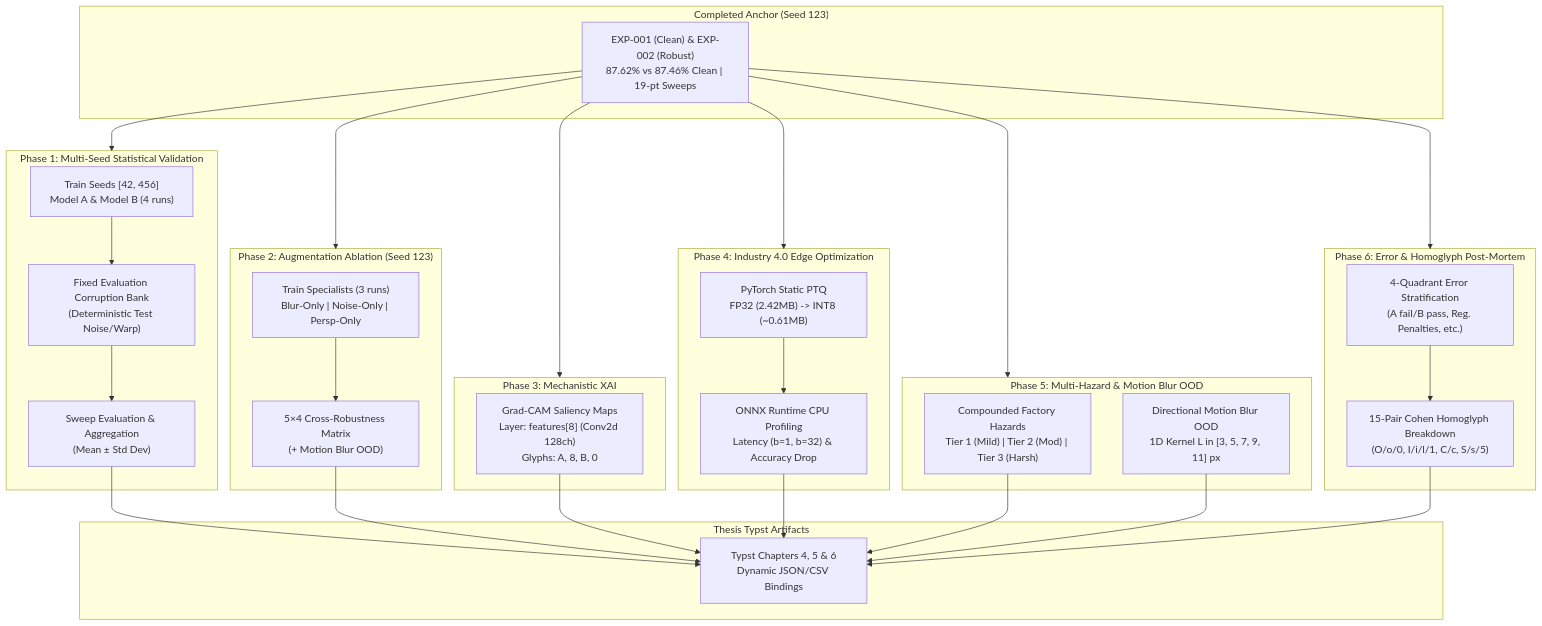
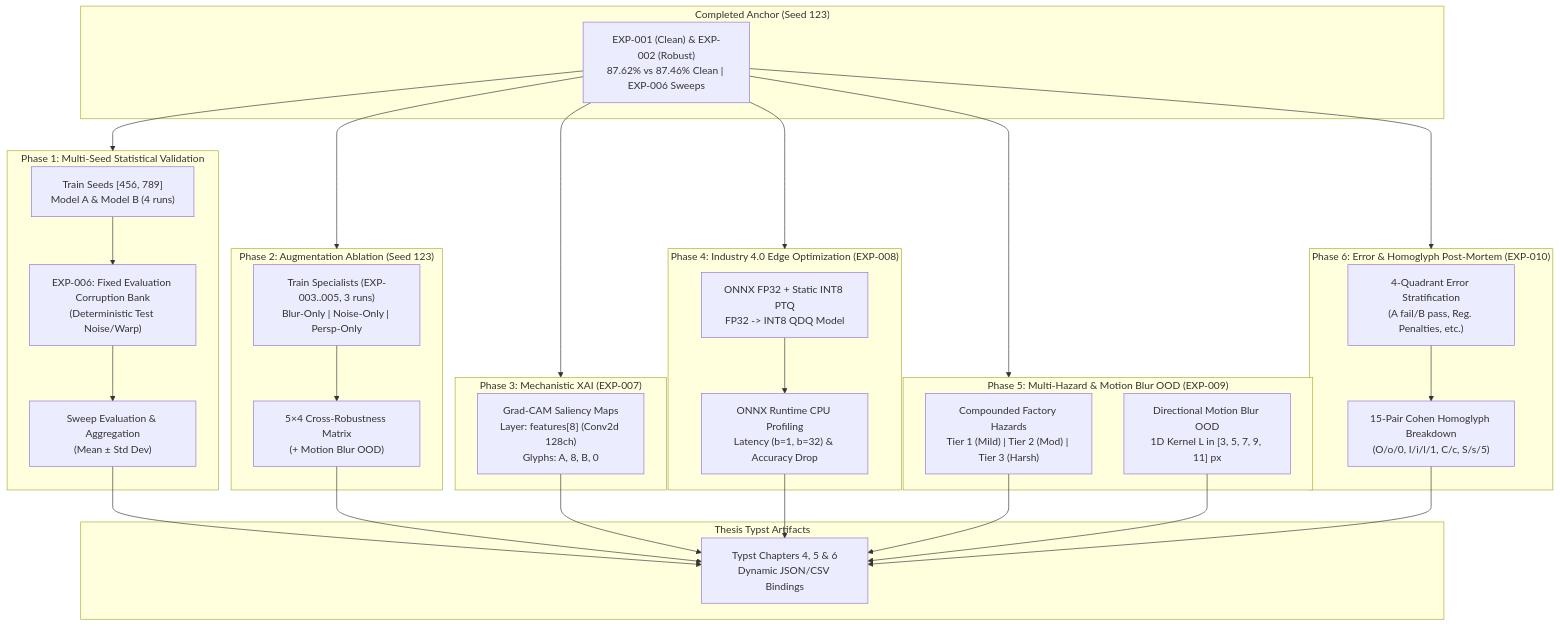
One commit to Kamil-Suhak/alphanumeric-ocr changed the diagram in docs/plans/2026-11-06_thesis_master_plan_v3.md. Above: the diagram before and after it, drawn with Mermaid. The commit also changed other lines of this file and 42 other files, not shown here.

````diff
--- a/docs/plans/2026-11-06_thesis_master_plan_v3.md
+++ b/docs/plans/2026-11-06_thesis_master_plan_v3.md
@@ -34,53 +35,53 @@
 ```mermaid
 flowchart TD
     subgraph Completed["Completed Anchor (Seed 123)"]
-        C0["EXP-001 (Clean) & EXP-002 (Robust)<br/>87.62% vs 87.46% Clean | 19-pt Sweeps"]
+        C0["EXP-001 (Clean) & EXP-002 (Robust)<br/>87.62% vs 87.46% Clean | EXP-006 Sweeps"]
     end
 
     subgraph Phase1["Phase 1: Multi-Seed Statistical Validation"]
-        P1_train["Train Seeds [42, 456]<br/>Model A & Model B (4 runs)"]
-        P1_bank["Fixed Evaluation Corruption Bank<br/>(Deterministic Test Noise/Warp)"]
+        P1_train["Train Seeds [456, 789]<br/>Model A & Model B (4 runs)"]
+        P1_bank["EXP-006: Fixed Evaluation Corruption Bank<br/>(Deterministic Test Noise/Warp)"]
         P1_eval["Sweep Evaluation & Aggregation<br/>(Mean ± Std Dev)"]
         P1_train --> P1_bank --> P1_eval
     end
 
     subgraph Phase2["Phase 2: Augmentation Ablation (Seed 123)"]
-        P2_train["Train Specialists (3 runs)<br/>Blur-Only | Noise-Only | Persp-Only"]
+        P2_train["Train Specialists (EXP-003..005, 3 runs)<br/>Blur-Only | Noise-Only | Persp-Only"]
         P2_matrix["5×4 Cross-Robustness Matrix<br/>(+ Motion Blur OOD)"]
         P2_train --> P2_matrix
     end
 
-    subgraph Phase3["Phase 3: Mechanistic XAI"]
+    subgraph Phase3["Phase 3: Mechanistic XAI (EXP-007)"]
         P3_gradcam["Grad-CAM Saliency Maps<br/>Layer: features[8] (Conv2d 128ch)<br/>Glyphs: A, 8, B, 0"]
     end
 
-    subgraph Phase4["Phase 4: Industry 4.0 Edge Optimization"]
-        P4_ptq["PyTorch Static PTQ<br/>FP32 (2.42MB) -> INT8 (~0.61MB)"]
+    subgraph Phase4["Phase 4: Industry 4.0 Edge Optimization (EXP-008)"]
+        P4_ptq["ONNX FP32 + Static INT8 PTQ<br/>FP32 -> INT8 QDQ Model"]
         P4_onnx["ONNX Runtime CPU Profiling<br/>Latency (b=1, b=32) & Accuracy Drop"]
         P4_ptq --> P4_onnx
     end
 
-    subgraph Phase5["Phase 5: Multi-Hazard & Motion Blur OOD"]
+    subgraph Phase5["Phase 5: Multi-Hazard & Motion Blur OOD (EXP-009)"]
         P5_tiers["Compounded Factory Hazards<br/>Tier 1 (Mild) | Tier 2 (Mod) | Tier 3 (Harsh)"]
         P5_motion["Directional Motion Blur OOD<br/>1D Kernel L in [3, 5, 7, 9, 11] px"]
         P5_tiers & P5_motion
     end
 
-    subgraph Phase6["Phase 6: Error & Homoglyph Post-Mortem"]
+    subgraph Phase6["Phase 6: Error & Homoglyph Post-Mortem (EXP-010)"]
         P6_quad["4-Quadrant Error Stratification<br/>(A fail/B pass, Reg. Penalties, etc.)"]
         P6_homo["15-Pair Cohen Homoglyph Breakdown<br/>(O/o/0, I/i/l/1, C/c, S/s/5)"]
         P6_quad --> P6_homo
     end
 
     subgraph Thesis["Thesis Typst Artifacts"]
         TypstDoc["Typst Chapters 4, 5 & 6<br/>Dynamic JSON/CSV Bindings"]
     end
 
     C0 --> Phase1
     C0 --> Phase2
     C0 --> Phase3
     C0 --> Phase4
     C0 --> Phase5
     C0 --> Phase6
     P1_eval & P2_matrix & P3_gradcam & P4_onnx & P5_tiers & P5_motion & P6_homo --> TypstDoc
 ```
````
